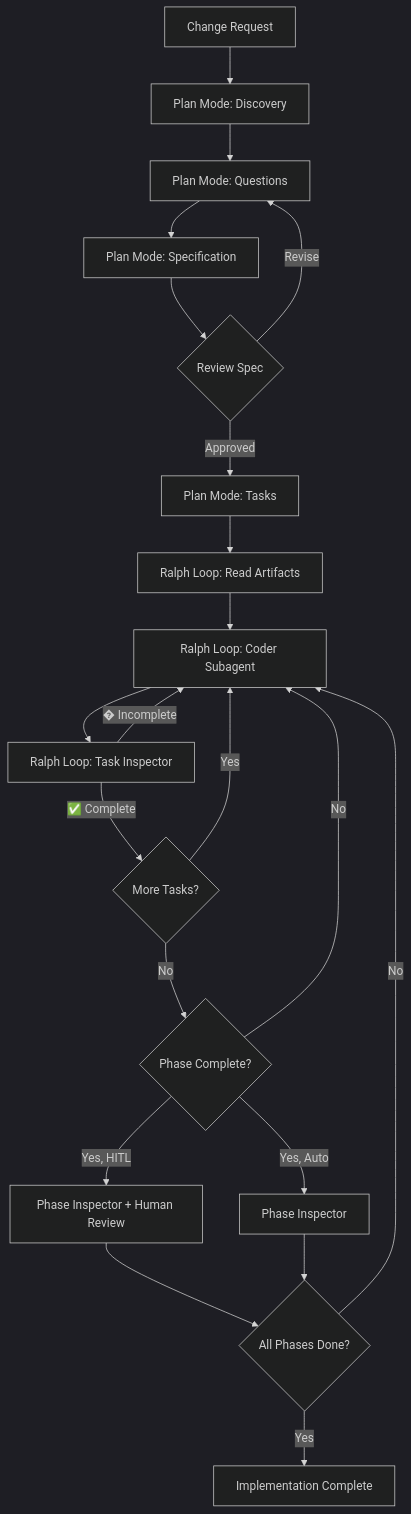
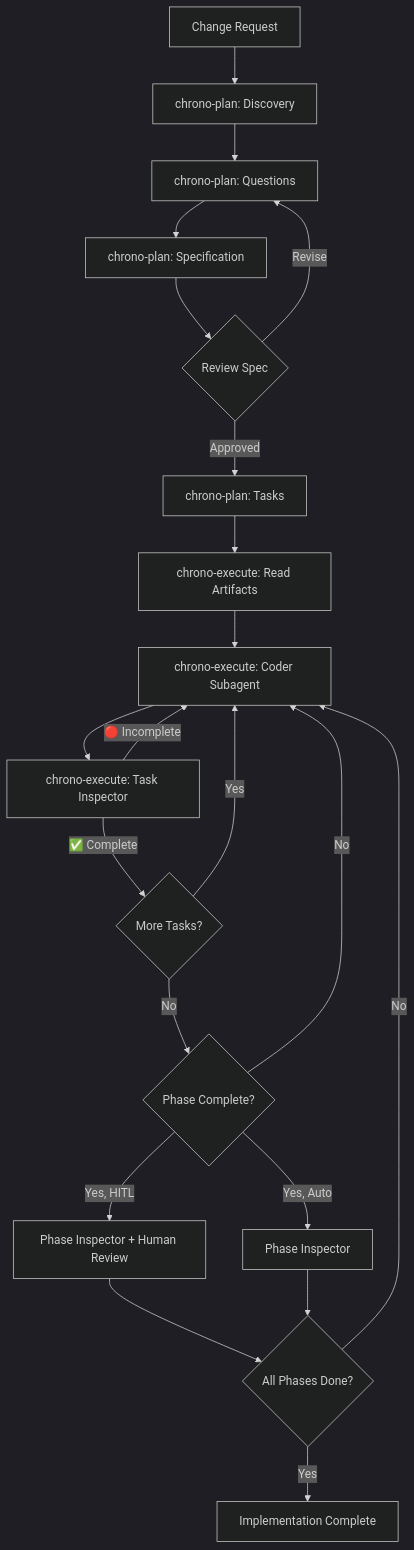
The diagram in README.md (ngagne/chrono), drawn with Mermaid (dark theme) before and after one commit. The commit also changed other lines of this file and 12 other files, not shown here.

````diff
--- a/README.md
+++ b/README.md
@@ -217,23 +220,23 @@
 ```mermaid
 graph TD
-    A[Change Request] --> B[Plan Mode: Discovery]
-    B --> C[Plan Mode: Questions]
-    C --> D[Plan Mode: Specification]
+    A[Change Request] --> B[chrono-plan: Discovery]
+    B --> C[chrono-plan: Questions]
+    C --> D[chrono-plan: Specification]
     D --> E{Review Spec}
-    E -->|Approved| F[Plan Mode: Tasks]
+    E -->|Approved| F[chrono-plan: Tasks]
     E -->|Revise| C
-    F --> G[Ralph Loop: Read Artifacts]
-    G --> H[Ralph Loop: Coder Subagent]
-    H --> I[Ralph Loop: Task Inspector]
+    F --> G[chrono-execute: Read Artifacts]
+    G --> H[chrono-execute: Coder Subagent]
+    H --> I[chrono-execute: Task Inspector]
     I -->|✅ Complete| J{More Tasks?}
-    I -->|� Incomplete| H
+    I -->|🔴 Incomplete| H
     J -->|Yes| H
     J -->|No| K{Phase Complete?}
     K -->|Yes, HITL| L[Phase Inspector + Human Review]
     K -->|Yes, Auto| M[Phase Inspector]
     K -->|No| H
     L --> N{All Phases Done?}
     M --> N
     N -->|Yes| O[Implementation Complete]
     N -->|No| H
 ```
````
